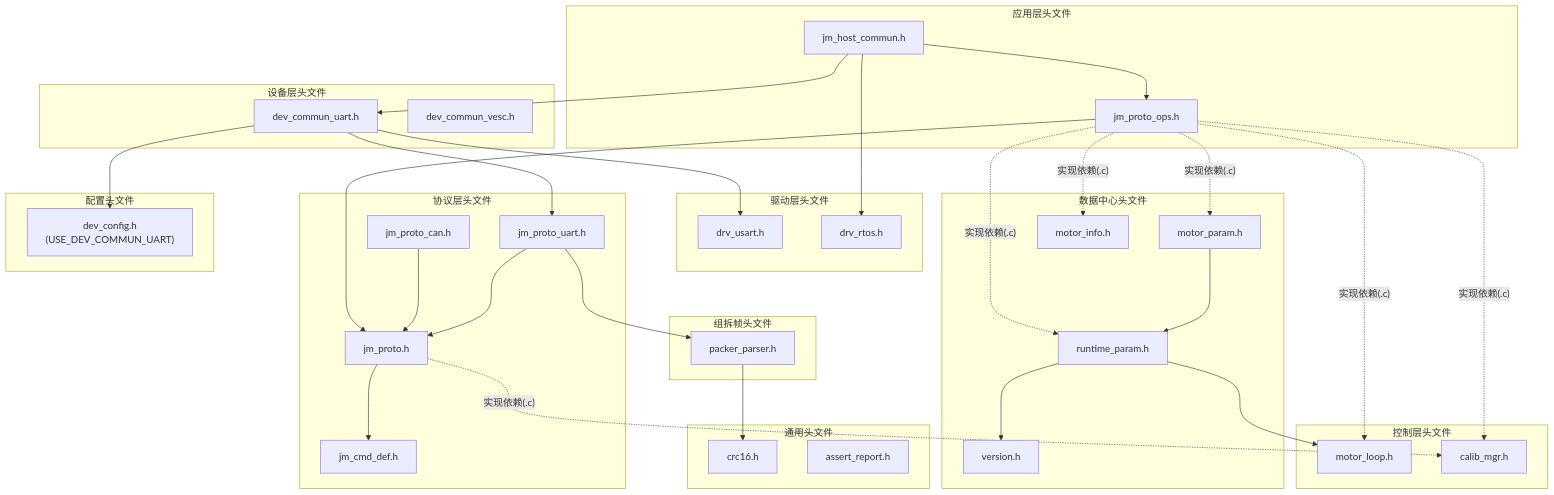
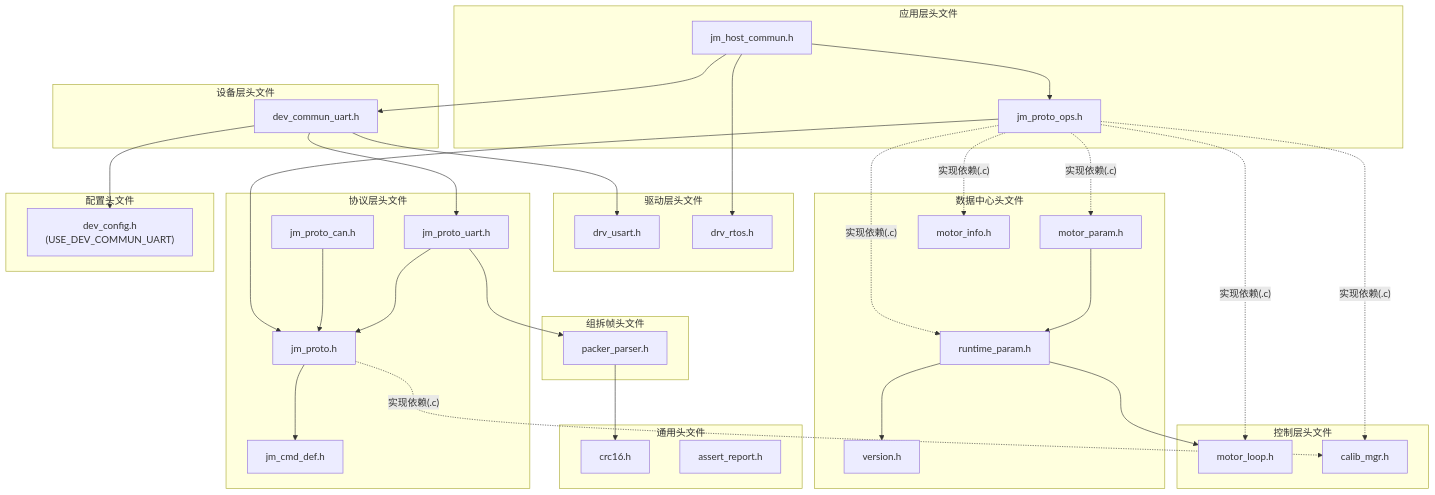
Diagram 11 of 13 in User/Protocol/docs/joint_proto_文件逻辑关系图.md (DalinYYYY/JM-App), drawn with Mermaid before and after one commit. The commit also changed other lines of this file and 4 other files, not shown here.

````diff
--- a/User/Protocol/docs/joint_proto_文件逻辑关系图.md
+++ b/User/Protocol/docs/joint_proto_文件逻辑关系图.md
@@ -454,80 +451,79 @@
 ```mermaid
 flowchart TB
     subgraph APP["应用层头文件"]
         JHC_H["jm_host_commun.h"]
         JPO_H["jm_proto_ops.h"]
     end
 
     subgraph DEV["设备层头文件"]
         DCU_H["dev_commun_uart.h"]
-        DCV_H["dev_commun_vesc.h"]
     end
 
     subgraph PROTO_H["协议层头文件"]
         JPU_H["jm_proto_uart.h"]
         JPC_H["jm_proto_can.h"]
         JP_H["jm_proto.h"]
         JCD_H["jm_cmd_def.h"]
     end
 
     subgraph PACK_H["组拆帧头文件"]
         PP_H["packer_parser.h"]
     end
 
     subgraph DRV_H["驱动层头文件"]
         DU_H["drv_usart.h"]
         DRT_H["drv_rtos.h"]
     end
 
     subgraph COMMON_H["通用头文件"]
         CRC_H["crc16.h"]
         ASR_H["assert_report.h"]
     end
 
     subgraph HUB_H["数据中心头文件"]
         RP_H["runtime_param.h"]
         MP_H["motor_param.h"]
         MI_H["motor_info.h"]
         VER_H["version.h"]
     end
 
     subgraph CTRL_H["控制层头文件"]
         ML_H["motor_loop.h"]
         CM_H["calib_mgr.h"]
     end
 
     subgraph CFG_H["配置头文件"]
         DC_CFG["dev_config.h<br/>(USE_DEV_COMMUN_UART)"]
     end
 
     JHC_H --> DCU_H
     JHC_H --> JPO_H
     JHC_H --> DRT_H
 
     DCU_H --> DC_CFG
     DCU_H --> DU_H
     DCU_H --> JPU_H
 
     JPU_H --> JP_H
     JPU_H --> PP_H
 
     JPC_H --> JP_H
 
     JP_H --> JCD_H
 
     JPO_H --> JP_H
 
     PP_H --> CRC_H
 
     RP_H --> ML_H
     RP_H --> VER_H
     MP_H --> RP_H
 
     JPO_H -.->|"实现依赖(.c)"| RP_H
     JPO_H -.->|"实现依赖(.c)"| MP_H
     JPO_H -.->|"实现依赖(.c)"| MI_H
     JPO_H -.->|"实现依赖(.c)"| ML_H
     JPO_H -.->|"实现依赖(.c)"| CM_H
 
     JP_H -.->|"实现依赖(.c)"| CM_H
 ```
````
